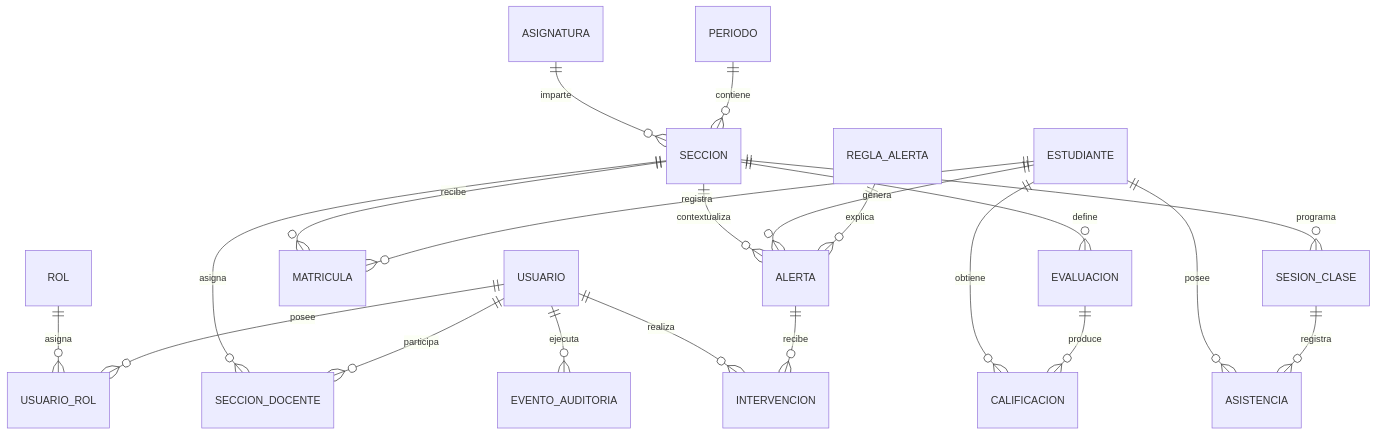
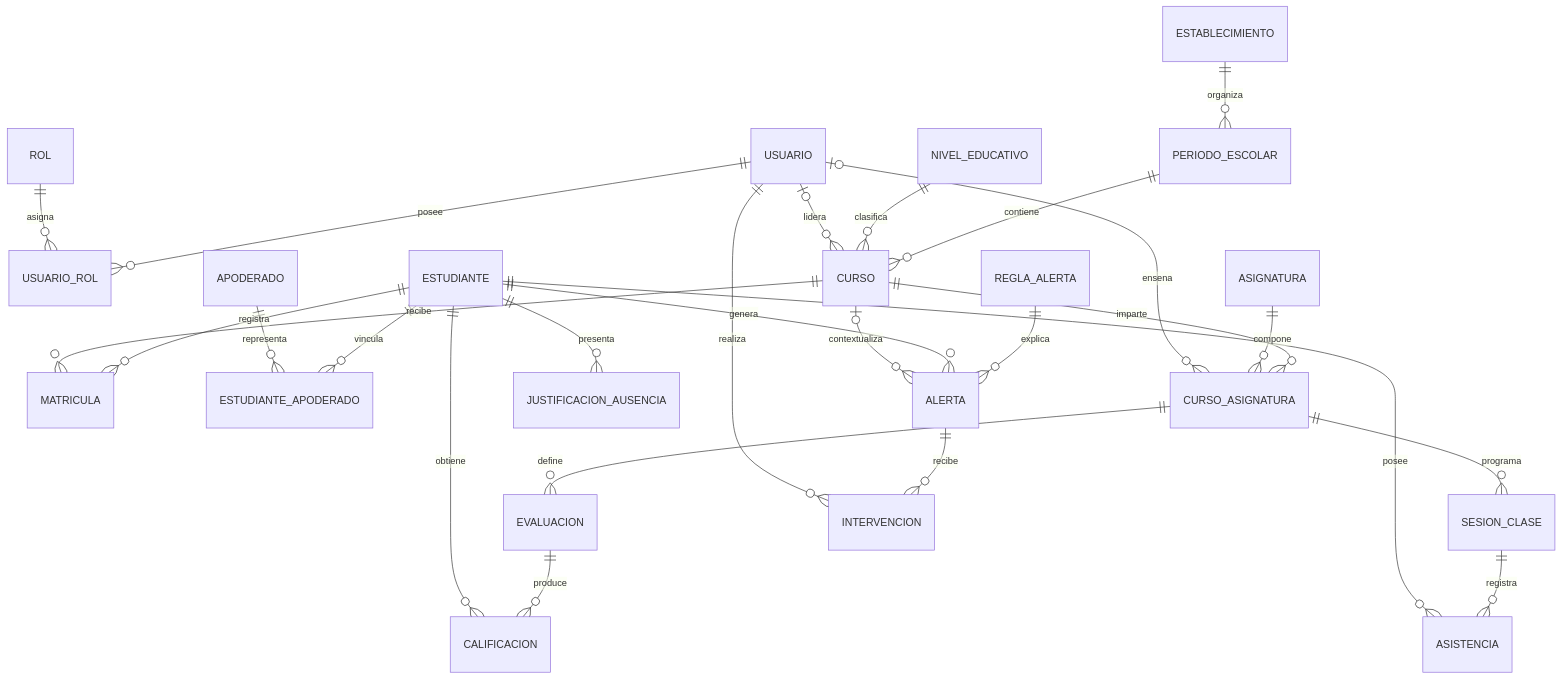
Before and after one commit to joellopez775/Captsone: the diagram in SIGAA/docs/design/02-modelo-er-diccionario.md, drawn with Mermaid. The commit also changed other lines of this file and 17 other files, not shown here.

````diff
--- a/SIGAA/docs/design/02-modelo-er-diccionario.md
+++ b/SIGAA/docs/design/02-modelo-er-diccionario.md
@@ -10,23 +18,28 @@
 ```mermaid
 erDiagram
     USUARIO ||--o{ USUARIO_ROL : posee
     ROL ||--o{ USUARIO_ROL : asigna
-    PERIODO ||--o{ SECCION : contiene
-    ASIGNATURA ||--o{ SECCION : imparte
-    USUARIO ||--o{ SECCION_DOCENTE : participa
-    SECCION ||--o{ SECCION_DOCENTE : asigna
+    ESTABLECIMIENTO ||--o{ PERIODO_ESCOLAR : organiza
+    PERIODO_ESCOLAR ||--o{ CURSO : contiene
+    NIVEL_EDUCATIVO ||--o{ CURSO : clasifica
+    USUARIO o|--o{ CURSO : lidera
     ESTUDIANTE ||--o{ MATRICULA : registra
-    SECCION ||--o{ MATRICULA : recibe
-    SECCION ||--o{ EVALUACION : define
+    CURSO ||--o{ MATRICULA : recibe
+    ESTUDIANTE ||--o{ ESTUDIANTE_APODERADO : vincula
+    APODERADO ||--o{ ESTUDIANTE_APODERADO : representa
+    CURSO ||--o{ CURSO_ASIGNATURA : imparte
+    ASIGNATURA ||--o{ CURSO_ASIGNATURA : compone
+    USUARIO o|--o{ CURSO_ASIGNATURA : ensena
+    CURSO_ASIGNATURA ||--o{ EVALUACION : define
     EVALUACION ||--o{ CALIFICACION : produce
     ESTUDIANTE ||--o{ CALIFICACION : obtiene
-    SECCION ||--o{ SESION_CLASE : programa
+    CURSO_ASIGNATURA ||--o{ SESION_CLASE : programa
     SESION_CLASE ||--o{ ASISTENCIA : registra
     ESTUDIANTE ||--o{ ASISTENCIA : posee
+    ESTUDIANTE ||--o{ JUSTIFICACION_AUSENCIA : presenta
     REGLA_ALERTA ||--o{ ALERTA : explica
     ESTUDIANTE ||--o{ ALERTA : genera
-    SECCION ||--o{ ALERTA : contextualiza
+    CURSO o|--o{ ALERTA : contextualiza
     ALERTA ||--o{ INTERVENCION : recibe
     USUARIO ||--o{ INTERVENCION : realiza
-    USUARIO ||--o{ EVENTO_AUDITORIA : ejecuta
 ```
````
